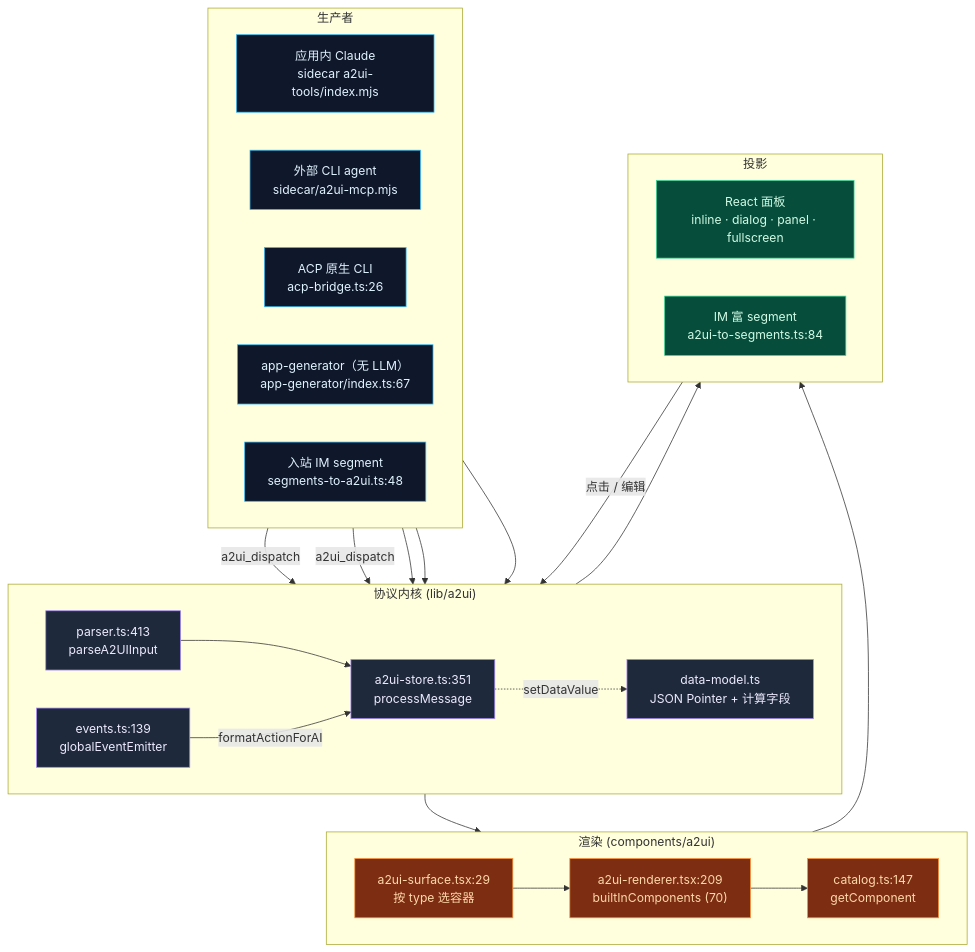
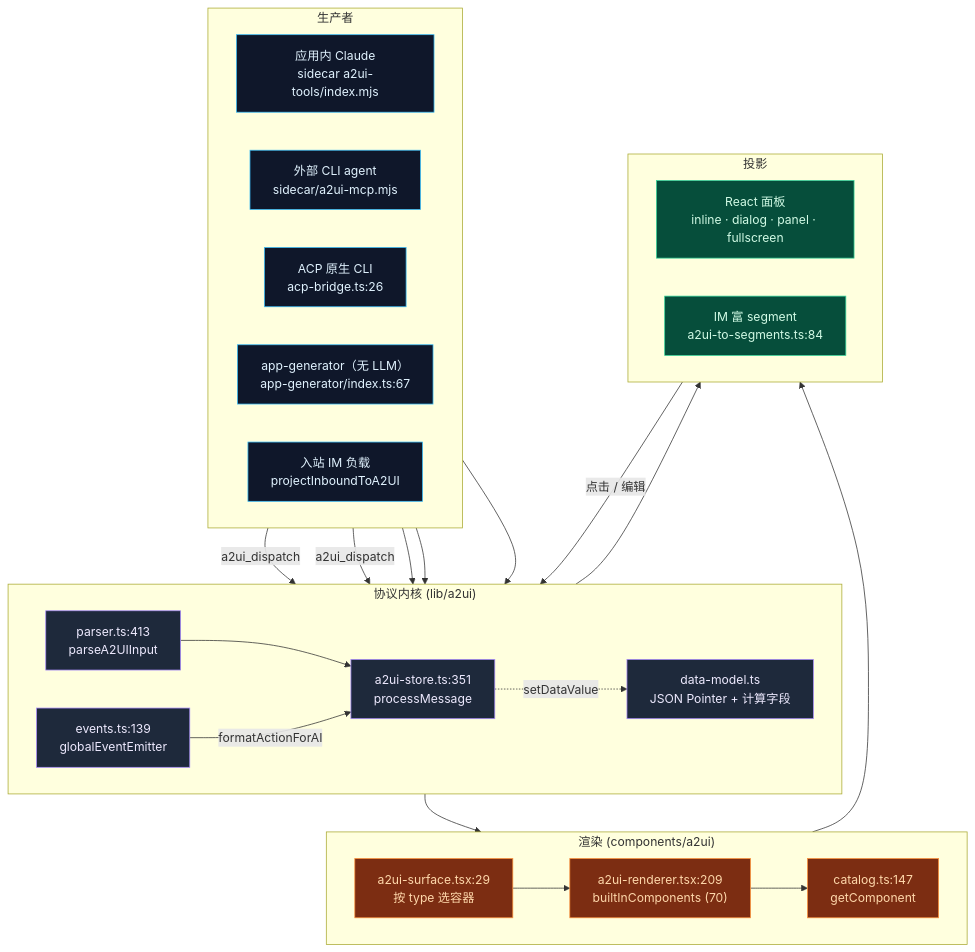
The first of 2 diagrams in docs/content/docs/zh/subsystems/a2ui/index.mdx (MaxQian888/cognia-next), drawn with Mermaid before and after one commit. The commit also changed 29 other files, not shown here.

````diff
--- a/docs/content/docs/zh/subsystems/a2ui/index.mdx
+++ b/docs/content/docs/zh/subsystems/a2ui/index.mdx
@@ -56,54 +56,54 @@
 ```mermaid
 flowchart TB
   subgraph SRC["生产者"]
     direction LR
     INAPP["应用内 Claude<br/>sidecar a2ui-tools/index.mjs"]
     EXT["外部 CLI agent<br/>sidecar/a2ui-mcp.mjs"]
     ACP["ACP 原生 CLI<br/>acp-bridge.ts:26"]
     GEN["app-generator（无 LLM）<br/>app-generator/index.ts:67"]
-    IMIN["入站 IM segment<br/>segments-to-a2ui.ts:48"]
+    IMIN["入站 IM 负载<br/>projectInboundToA2UI"]
   end
 
   subgraph PROTO["协议内核 (lib/a2ui)"]
     direction LR
     PARSE["parser.ts:413<br/>parseA2UIInput"]
     STORE["a2ui-store.ts:351<br/>processMessage"]
     DM["data-model.ts<br/>JSON Pointer + 计算字段"]
     EV["events.ts:139<br/>globalEventEmitter"]
   end
 
   subgraph RENDER["渲染 (components/a2ui)"]
     direction LR
     SURF["a2ui-surface.tsx:29<br/>按 type 选容器"]
     REND["a2ui-renderer.tsx:209<br/>builtInComponents (70)"]
     CAT["catalog.ts:147<br/>getComponent"]
   end
 
   subgraph OUT["投影"]
     direction LR
     PANEL["React 面板<br/>inline · dialog · panel · fullscreen"]
     IMOUT["IM 富 segment<br/>a2ui-to-segments.ts:84"]
   end
 
   INAPP & EXT -->|"a2ui_dispatch"| STORE
   ACP --> STORE
   GEN --> PARSE
   IMIN --> PARSE
   PARSE --> STORE
   STORE --> SURF
   STORE -.->|"setDataValue"| DM
   SURF --> REND --> CAT
   REND --> PANEL
   PANEL -->|"点击 / 编辑"| EV
   EV -->|"formatActionForAI"| STORE
   STORE --> IMOUT
 
   classDef src fill:#0f172a,stroke:#38bdf8,color:#e0f2fe
   classDef proto fill:#1e293b,stroke:#a78bfa,color:#ede9fe
   classDef render fill:#7c2d12,stroke:#fb923c,color:#fed7aa
   classDef out fill:#064e3b,stroke:#34d399,color:#d1fae5
   class INAPP,EXT,ACP,GEN,IMIN src
   class PARSE,STORE,DM,EV proto
   class SURF,REND,CAT render
   class PANEL,IMOUT out
 ```
````
